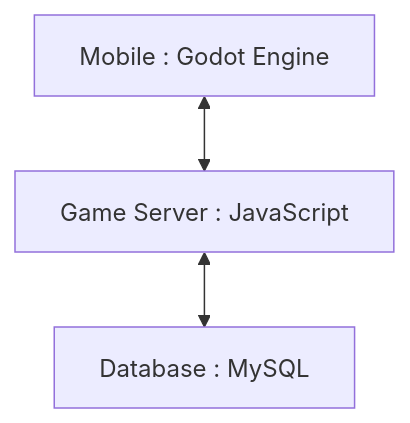
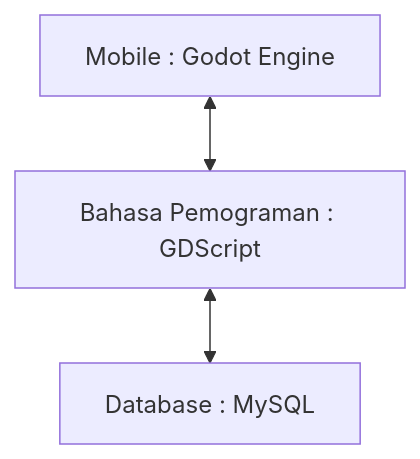
The first of 2 diagrams in tugasUAS.md (Daapputra/uasPengenalanInformatika), drawn with Mermaid before and after one commit.

````diff
--- a/tugasUAS.md
+++ b/tugasUAS.md
@@ -159,6 +159,6 @@
 ```mermaid
 flowchart TD
-    A[Mobile : Godot Engine] <-->   B[Game Server : JavaScript] 
+    A[Mobile : Godot Engine] <-->   B[Bahasa Pemograman : GDScript] 
     B <--> C[Database : MySQL]
 
 ```
````
